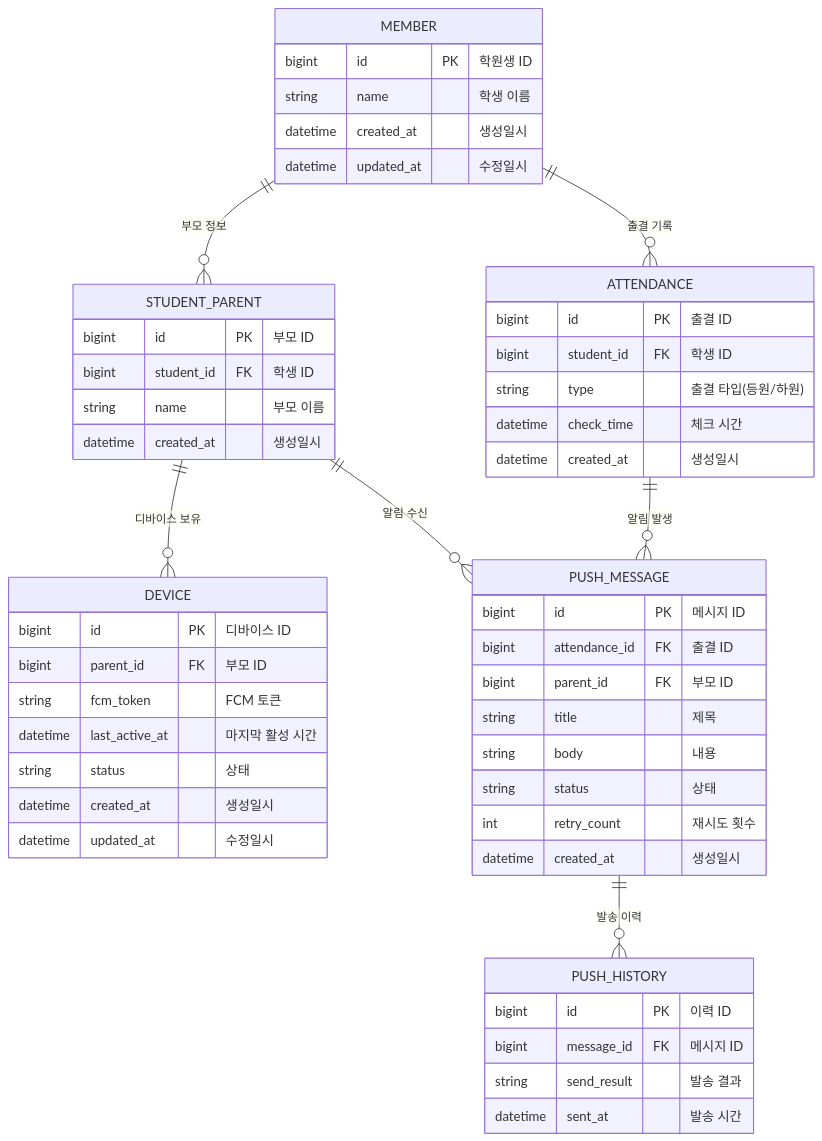
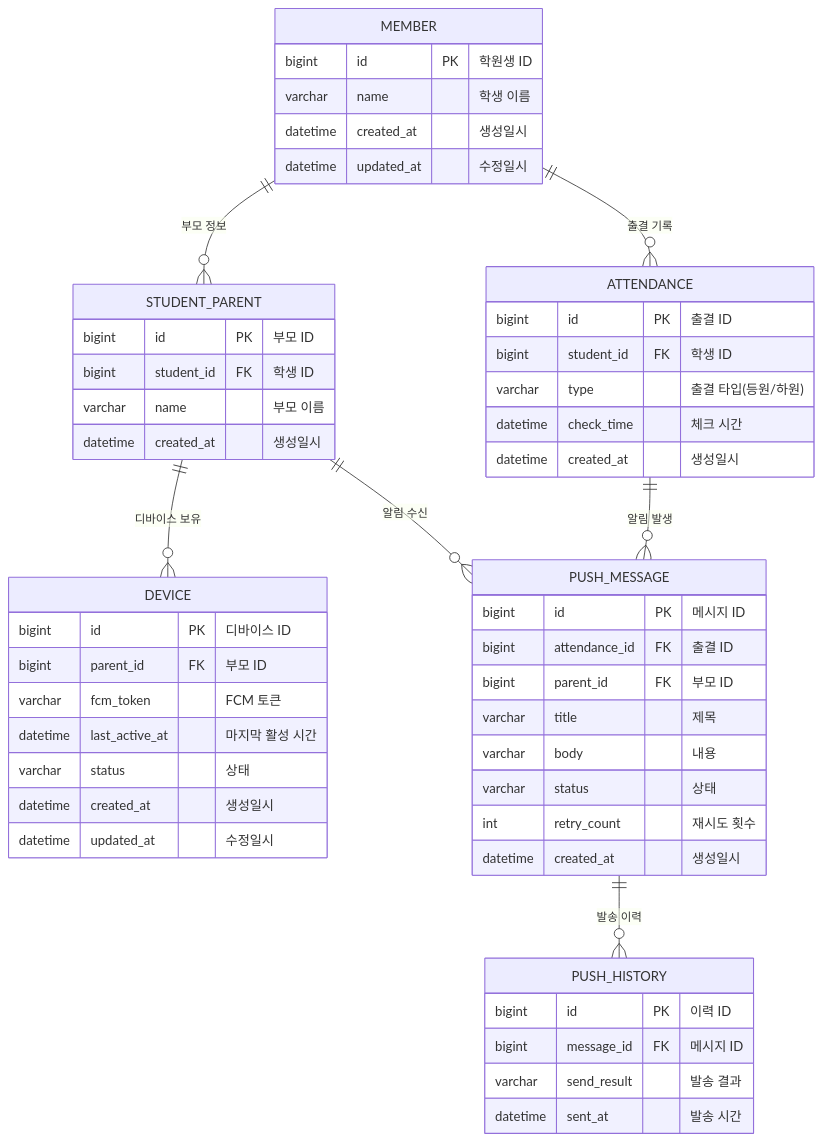
The third of 3 diagrams in README.md (leeys9423/perform-fcm), drawn with Mermaid before and after one commit. The commit also changed other lines of this file, not shown here.

Commit message:
docs: README 수정

````diff
--- a/README.md
+++ b/README.md
@@ -125,59 +125,59 @@
 ```mermaid
 erDiagram
     MEMBER {
         bigint id PK "학원생 ID"
-        string name "학생 이름"
+        varchar name "학생 이름"
         datetime created_at "생성일시"
         datetime updated_at "수정일시"
     }
 
     STUDENT_PARENT {
         bigint id PK "부모 ID"
         bigint student_id FK "학생 ID"
-        string name "부모 이름"
+       varchar name "부모 이름"
         datetime created_at "생성일시"
     }
 
     ATTENDANCE {
         bigint id PK "출결 ID"
         bigint student_id FK "학생 ID"
-        string type "출결 타입(등원/하원)"
+        varchar type "출결 타입(등원/하원)"
         datetime check_time "체크 시간"
         datetime created_at "생성일시"
     }
 
     DEVICE {
         bigint id PK "디바이스 ID"
         bigint parent_id FK "부모 ID"
-        string fcm_token "FCM 토큰"
+        varchar fcm_token "FCM 토큰"
         datetime last_active_at "마지막 활성 시간"
-        string status "상태"
+        varchar status "상태"
         datetime created_at "생성일시"
         datetime updated_at "수정일시"
     }
 
     PUSH_MESSAGE {
         bigint id PK "메시지 ID"
         bigint attendance_id FK "출결 ID"
         bigint parent_id FK "부모 ID"
-        string title "제목"
-        string body "내용"
-        string status "상태"
+        varchar title "제목"
+        varchar body "내용"
+        varchar status "상태"
         int retry_count "재시도 횟수"
         datetime created_at "생성일시"
     }
 
     PUSH_HISTORY {
         bigint id PK "이력 ID"
         bigint message_id FK "메시지 ID"
-        string send_result "발송 결과"
+        varchar send_result "발송 결과"
         datetime sent_at "발송 시간"
     }
 
     MEMBER ||--o{ STUDENT_PARENT : "부모 정보"
     MEMBER ||--o{ ATTENDANCE : "출결 기록"
     STUDENT_PARENT ||--o{ DEVICE : "디바이스 보유"
     ATTENDANCE ||--o{ PUSH_MESSAGE : "알림 발생"
     STUDENT_PARENT ||--o{ PUSH_MESSAGE : "알림 수신"
     PUSH_MESSAGE ||--o{ PUSH_HISTORY : "발송 이력"
 ```
````
